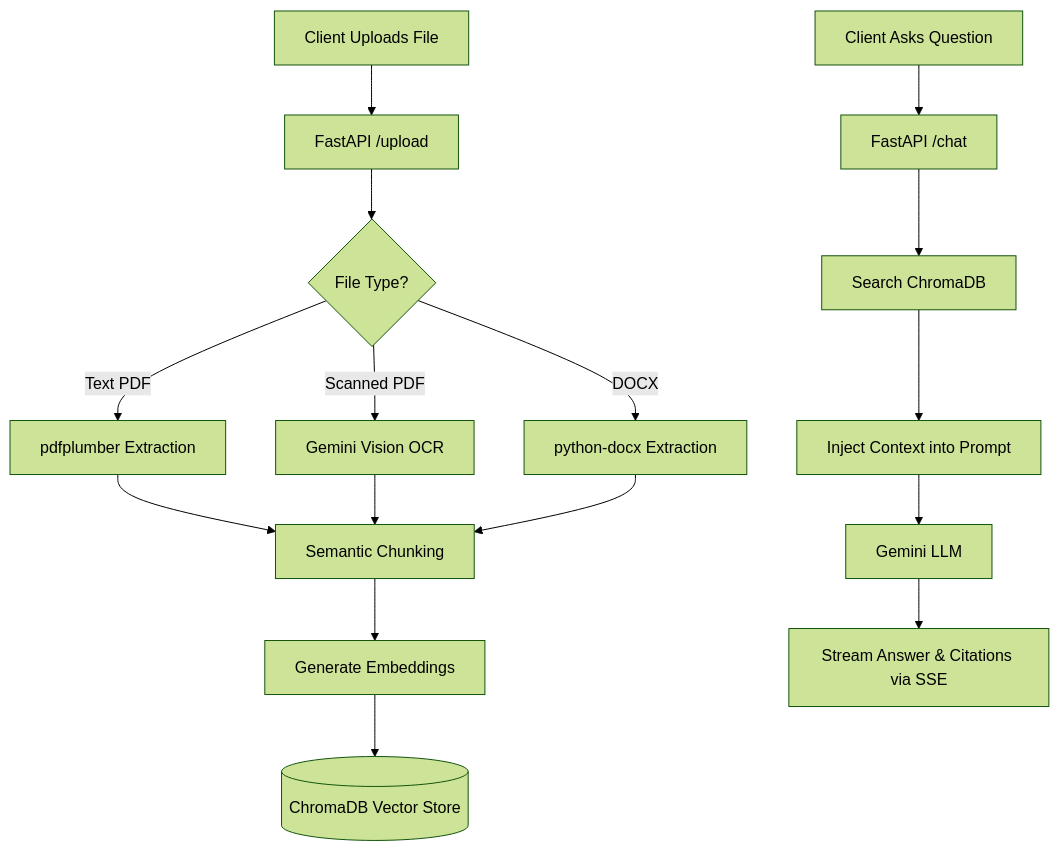
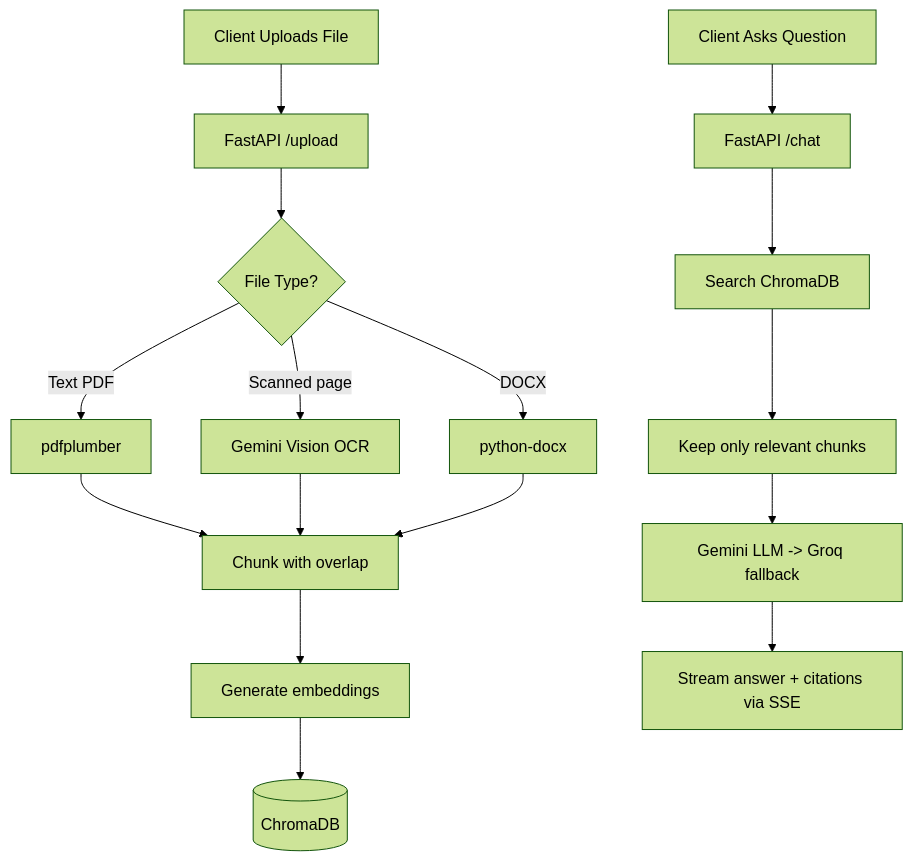
Before and after one commit to dkcodes121617/ai_doc_assistant_backend: the diagram in README.md, drawn with Mermaid (forest theme). The commit also changed other lines of this file and 13 other files, not shown here.

First line of the commit message:
Refactor backend architecture for Document AI Assistant

````diff
--- a/README.md
+++ b/README.md
@@ -15,18 +19,18 @@
 ```mermaid
 graph TD
     A[Client Uploads File] --> B[FastAPI /upload]
     B --> C{File Type?}
-    C -->|Text PDF| D[pdfplumber Extraction]
-    C -->|Scanned PDF| E[Gemini Vision OCR]
-    C -->|DOCX| F[python-docx Extraction]
-    
-    D & E & F --> G[Semantic Chunking]
-    G --> H[Generate Embeddings]
-    H --> I[(ChromaDB Vector Store)]
-    
+    C -->|Text PDF| D[pdfplumber]
+    C -->|Scanned page| E[Gemini Vision OCR]
+    C -->|DOCX| F[python-docx]
+
+    D & E & F --> G[Chunk with overlap]
+    G --> H[Generate embeddings]
+    H --> I[(ChromaDB)]
+
     J[Client Asks Question] --> K[FastAPI /chat]
     K --> L[Search ChromaDB]
-    L --> M[Inject Context into Prompt]
-    M --> N[Gemini LLM]
-    N --> O[Stream Answer & Citations via SSE]
+    L --> M[Keep only relevant chunks]
+    M --> N[Gemini LLM -> Groq fallback]
+    N --> O[Stream answer + citations via SSE]
 ```
````
